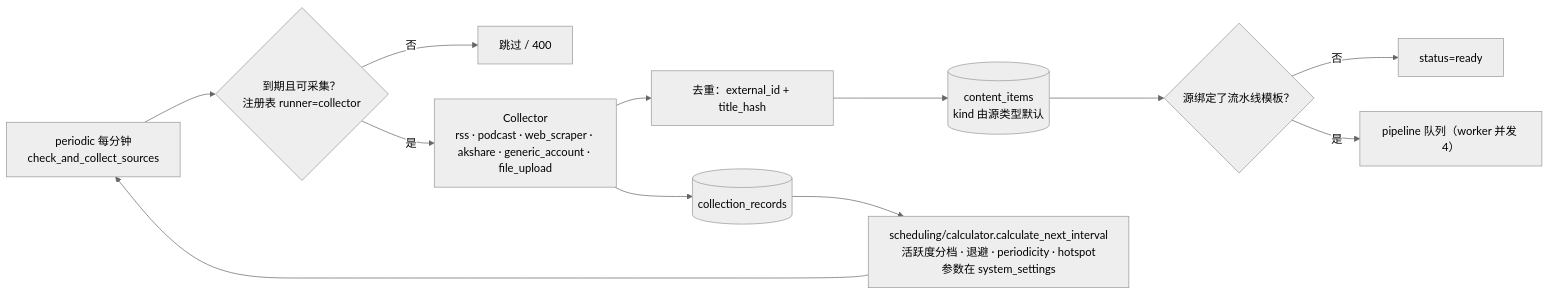
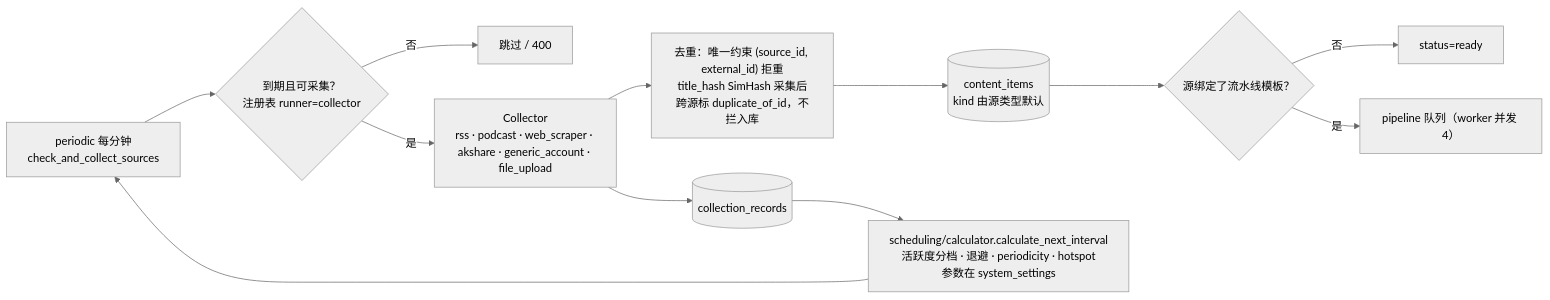
The first of 3 diagrams in docs/40-流程.md (keylin/allin-one), drawn with Mermaid (neutral theme) before and after one commit. The commit also changed other lines of this file and 2 other files, not shown here.

````diff
--- a/docs/40-流程.md
+++ b/docs/40-流程.md
@@ -10,14 +10,14 @@
 ```mermaid
 flowchart LR
   T["periodic 每分钟<br/>check_and_collect_sources"] --> Q{"到期且可采集？<br/>注册表 runner=collector"}
   Q -->|否| X["跳过 / 400"]
   Q -->|是| C["Collector<br/>rss · podcast · web_scraper · akshare · generic_account · file_upload"]
-  C --> D["去重：external_id + title_hash"]
+  C --> D["去重：唯一约束 (source_id, external_id) 拒重<br/>title_hash SimHash 采集后跨源标 duplicate_of_id，不拦入库"]
   D --> CI[("content_items<br/>kind 由源类型默认")]
   C --> R[("collection_records")]
   R --> S["scheduling/calculator.calculate_next_interval<br/>活跃度分档 · 退避 · periodicity · hotspot<br/>参数在 system_settings"]
   S --> T
   CI --> P{"源绑定了流水线模板？"}
   P -->|否| RD["status=ready"]
   P -->|是| PL["pipeline 队列（worker 并发 4）"]
 ```
````
